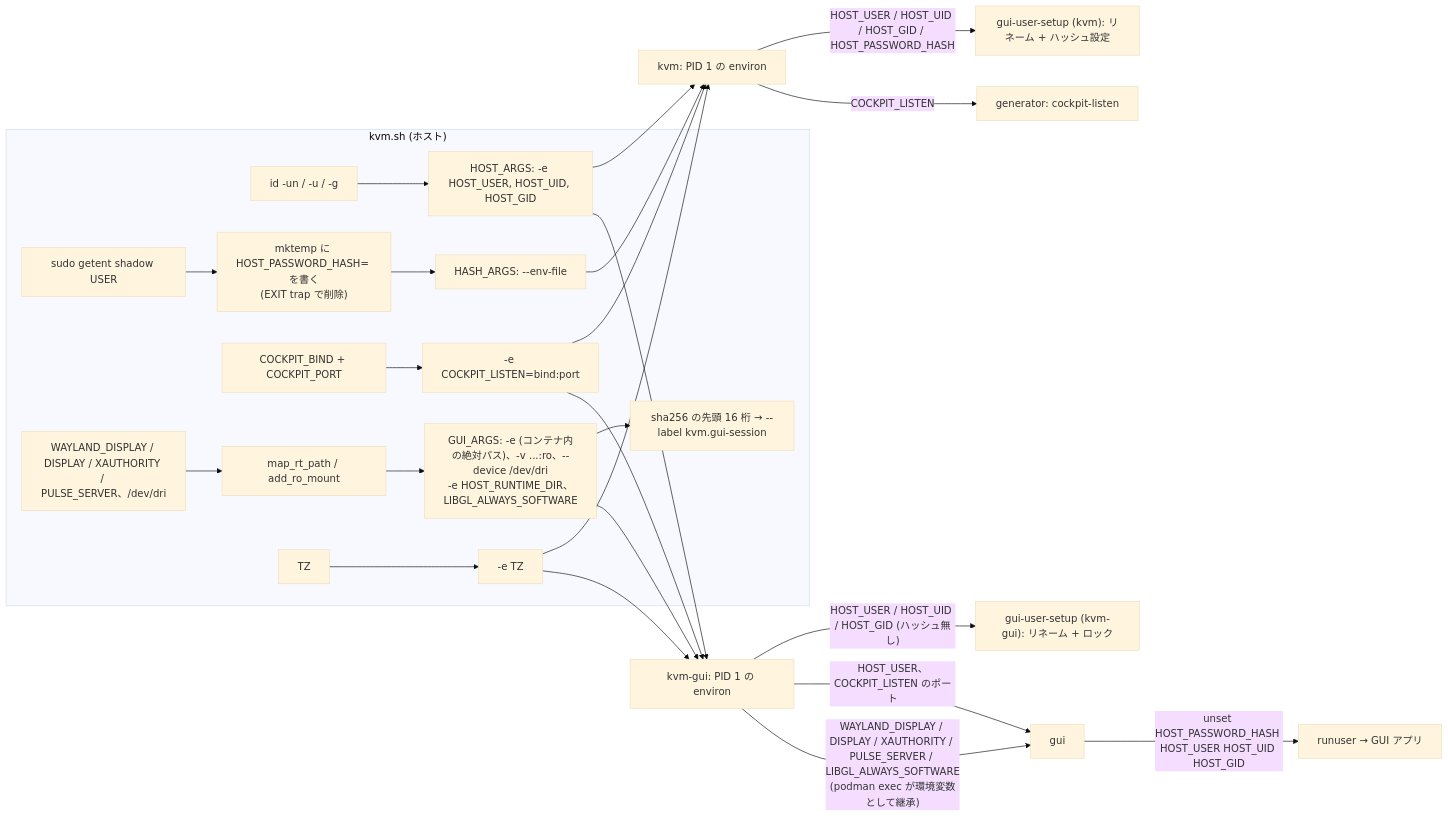
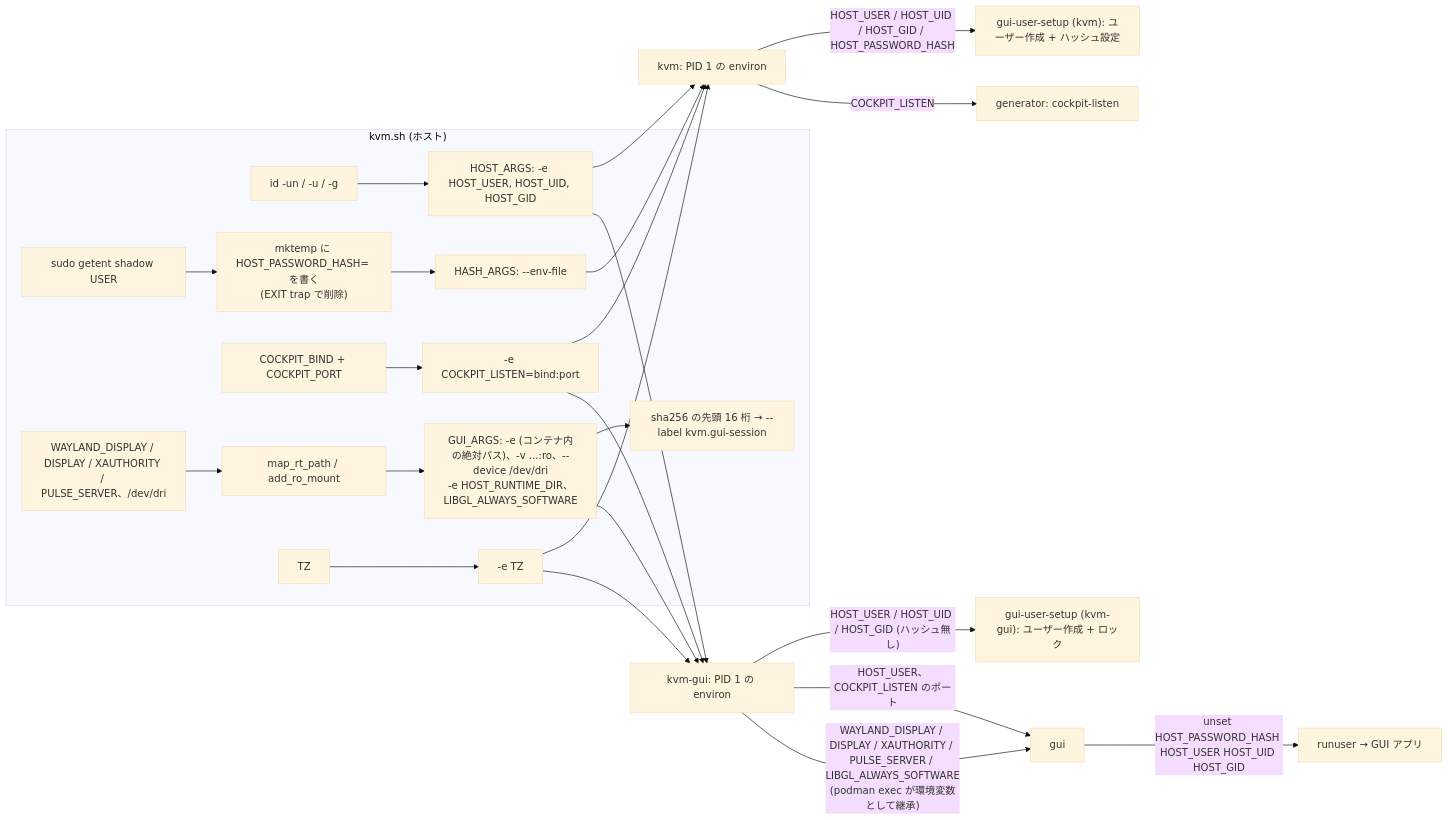
One commit to ryo-aoki-pc/kvm-container changed the eighth of 22 diagrams in docs/SPEC.md. Above: the diagram before and after it, drawn with Mermaid (base theme). The commit also changed other lines of this file and 7 other files, not shown here.

````diff
--- a/docs/SPEC.md
+++ b/docs/SPEC.md
@@ -474,27 +473,27 @@
 ```mermaid
 flowchart LR
   subgraph src ["kvm.sh (ホスト)"]
     id["id -un / -u / -g"] --> ha["HOST_ARGS: -e HOST_USER, HOST_UID, HOST_GID"]
     shadow["sudo getent shadow USER"] --> envf["mktemp に HOST_PASSWORD_HASH= を書く<br/>(EXIT trap で削除)"] --> hash["HASH_ARGS: --env-file"]
     cb["COCKPIT_BIND + COCKPIT_PORT"] --> cl["-e COCKPIT_LISTEN=bind:port"]
     sess["WAYLAND_DISPLAY / DISPLAY / XAUTHORITY / PULSE_SERVER、/dev/dri"] --> map["map_rt_path / add_ro_mount"] --> ga["GUI_ARGS: -e (コンテナ内の絶対パス)、-v ...:ro、--device /dev/dri<br/>-e HOST_RUNTIME_DIR、LIBGL_ALWAYS_SOFTWARE"]
     ga --> label["sha256 の先頭 16 桁 → --label kvm.gui-session"]
     tz["TZ"] --> tzarg["-e TZ"]
   end
   kenv["kvm: PID 1 の environ"]
   genv["kvm-gui: PID 1 の environ"]
   ha --> kenv
   ha --> genv
   hash --> kenv
   cl --> kenv
   cl --> genv
   ga --> genv
   tzarg --> kenv
   tzarg --> genv
-  kenv -->|"HOST_USER / HOST_UID / HOST_GID / HOST_PASSWORD_HASH"| kgus["gui-user-setup (kvm): リネーム + ハッシュ設定"]
+  kenv -->|"HOST_USER / HOST_UID / HOST_GID / HOST_PASSWORD_HASH"| kgus["gui-user-setup (kvm): ユーザー作成 + ハッシュ設定"]
   kenv -->|"COCKPIT_LISTEN"| gen["generator: cockpit-listen"]
-  genv -->|"HOST_USER / HOST_UID / HOST_GID (ハッシュ無し)"| ggus["gui-user-setup (kvm-gui): リネーム + ロック"]
+  genv -->|"HOST_USER / HOST_UID / HOST_GID (ハッシュ無し)"| ggus["gui-user-setup (kvm-gui): ユーザー作成 + ロック"]
   genv -->|"HOST_USER、COCKPIT_LISTEN のポート"| gui["gui"]
   genv -->|"WAYLAND_DISPLAY / DISPLAY / XAUTHORITY / PULSE_SERVER / LIBGL_ALWAYS_SOFTWARE<br/>(podman exec が環境変数として継承)"| gui
   gui -->|"unset HOST_PASSWORD_HASH HOST_USER HOST_UID HOST_GID"| app["runuser → GUI アプリ"]
 ```
````
